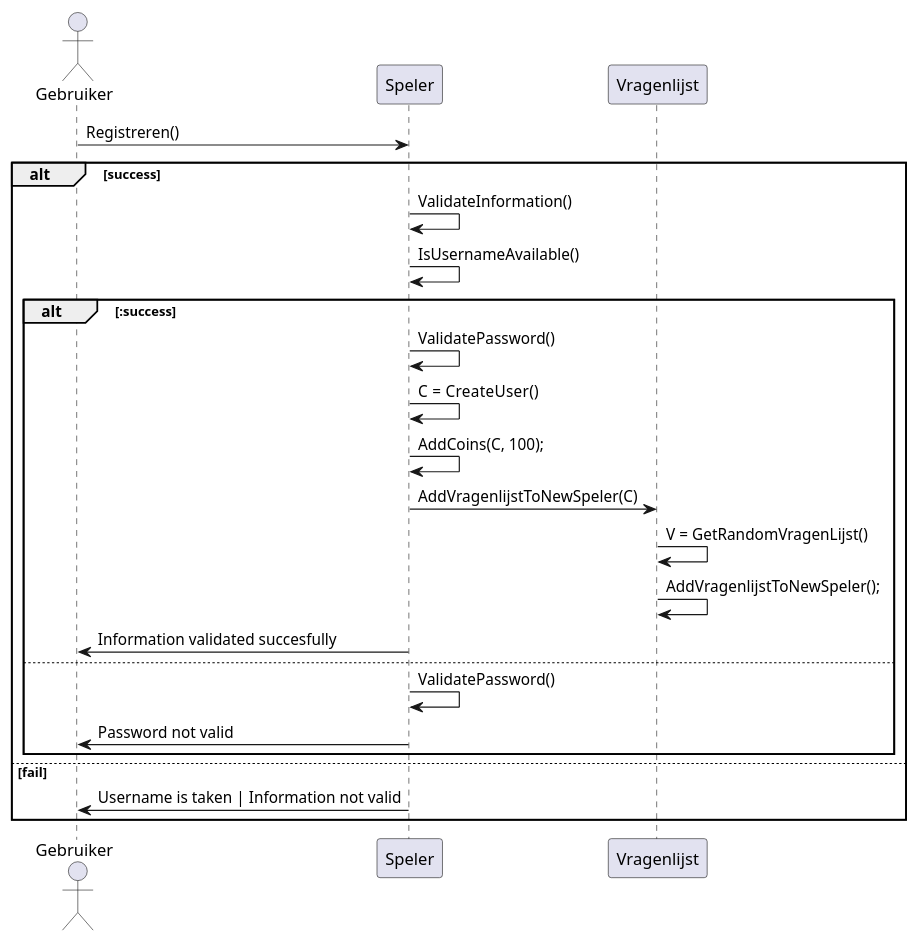
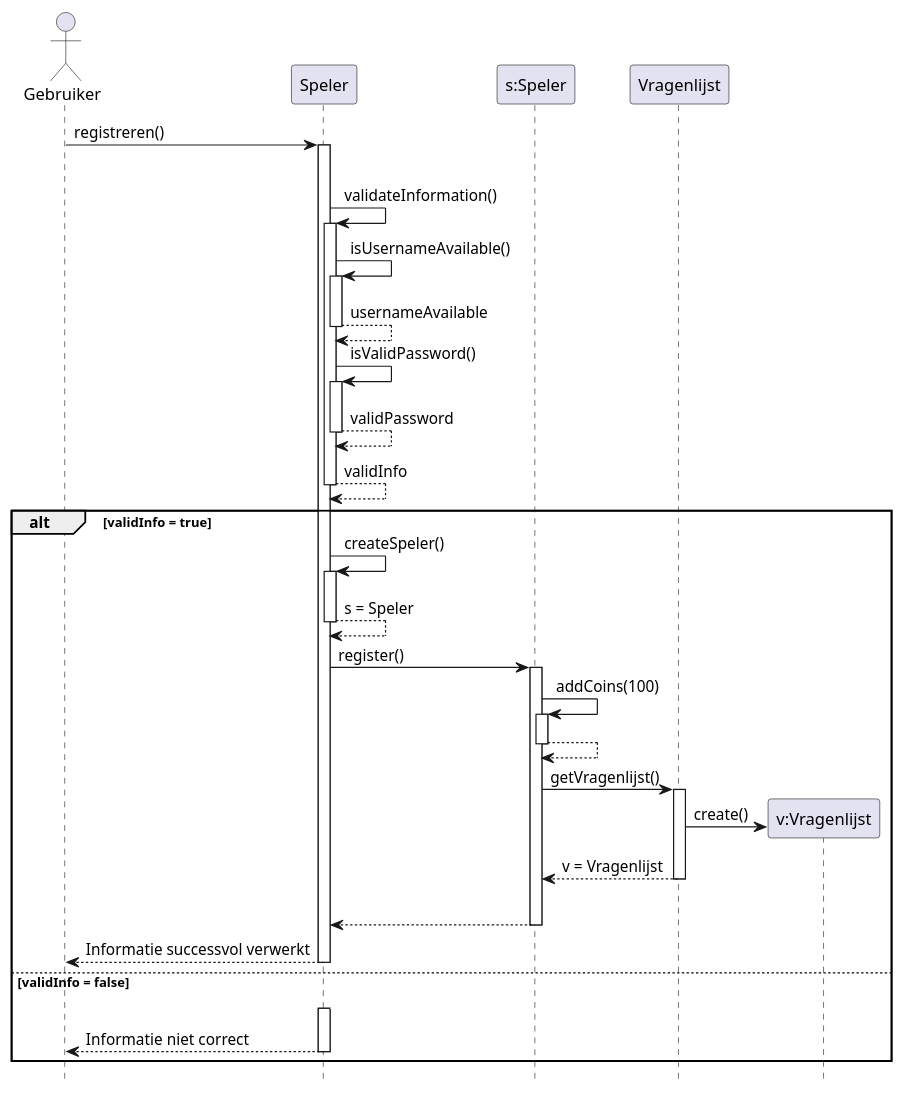
Before and after one commit to Jelmergu/ooad-casus-vagado: the first of 2 diagrams in docs/diagrams/sequence_diagrams/sequence_diagrams_uc1.puml, drawn with PlantUML. The commit also changed other lines of this file, not shown here.

Commit message:
Update Sequence Diagrams

```diff
--- a/docs/diagrams/sequence_diagrams/sequence_diagrams_uc1.puml
+++ b/docs/diagrams/sequence_diagrams/sequence_diagrams_uc1.puml
@@ -1,28 +1,37 @@
 @startuml
+autoactivate on
+hide footbox
 
 actor Gebruiker
 participant Speler
+participant "s:Speler"
 participant Vragenlijst
+participant "v:Vragenlijst"
 
-Gebruiker -> Speler : Registreren()
+Gebruiker -> Speler : registreren()
     alt success
-        Speler -> Speler : ValidateInformation()
-        Speler -> Speler : IsUsernameAvailable()
-        alt :success
-        Speler -> Speler : ValidatePassword()
+        Speler -> Speler : validateInformation()
+        Speler -> Speler : isUsernameAvailable()
+        return usernameAvailable
+        Speler -> Speler : isValidPassword()
+        return validPassword
+        return validInfo
+        alt validInfo = true
+            Speler -> Speler : createSpeler()
+            return s = Speler
+            Speler -> "s:Speler" : register()
+            "s:Speler" -> "s:Speler" : addCoins(100)
+            return
+            "s:Speler" -> Vragenlijst : getVragenlijst()
+            Vragenlijst -> "v:Vragenlijst" **: create()
+            return v = Vragenlijst
+            |||
+            return
+            return Informatie successvol verwerkt
+        else validInfo = false
+            Speler -[#FFFFFF]> Speler
+           Speler --> Gebruiker : Informatie niet correct
+        end
 
-        Speler -> Speler : C =  CreateUser()
-        Speler -> Speler : AddCoins(C, 100);
-        Speler -> Vragenlijst : AddVragenlijstToNewSpeler(C)
-        Vragenlijst -> Vragenlijst : V = GetRandomVragenLijst()
-        Vragenlijst -> Vragenlijst : AddVragenlijstToNewSpeler();
-        Speler -> Gebruiker : Information validated succesfully
-        else
-        Speler -> Speler : ValidatePassword()
-        Speler -> Gebruiker : Password not valid
-        end
-    else fail
-        Speler -> Gebruiker : Username is taken | Information not valid
-    end
 
 @enduml
```
